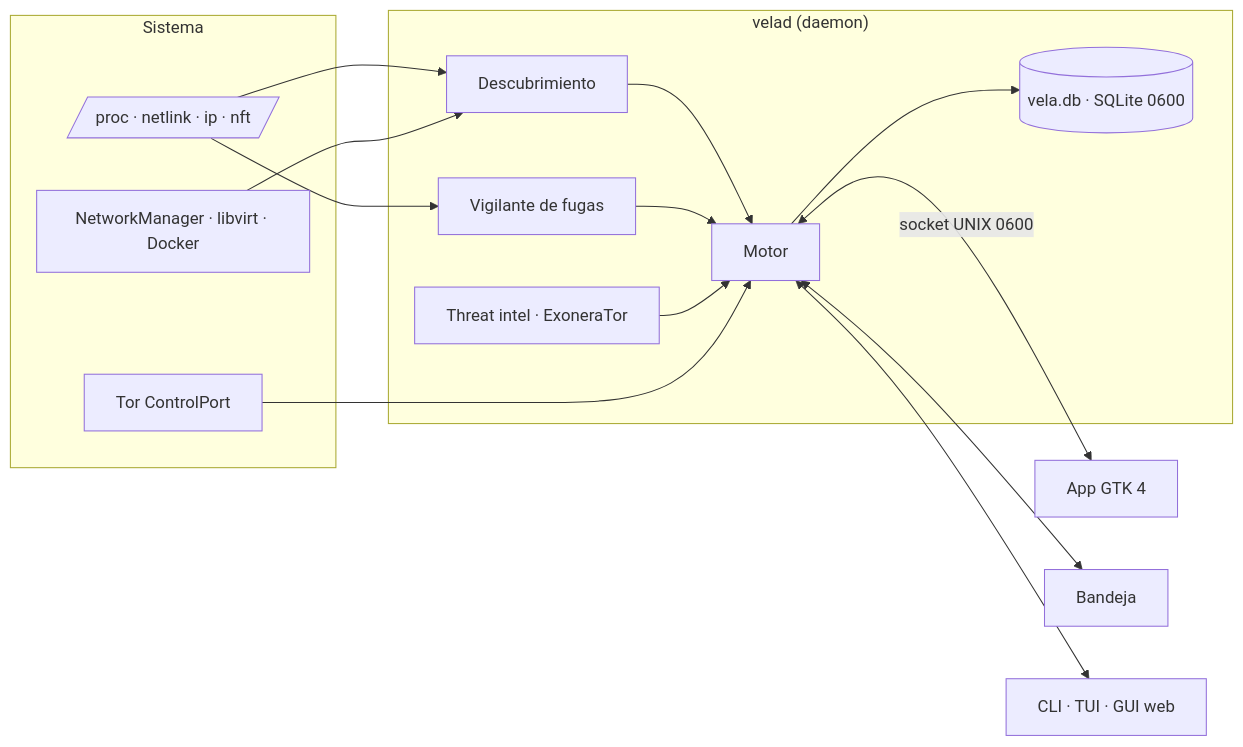
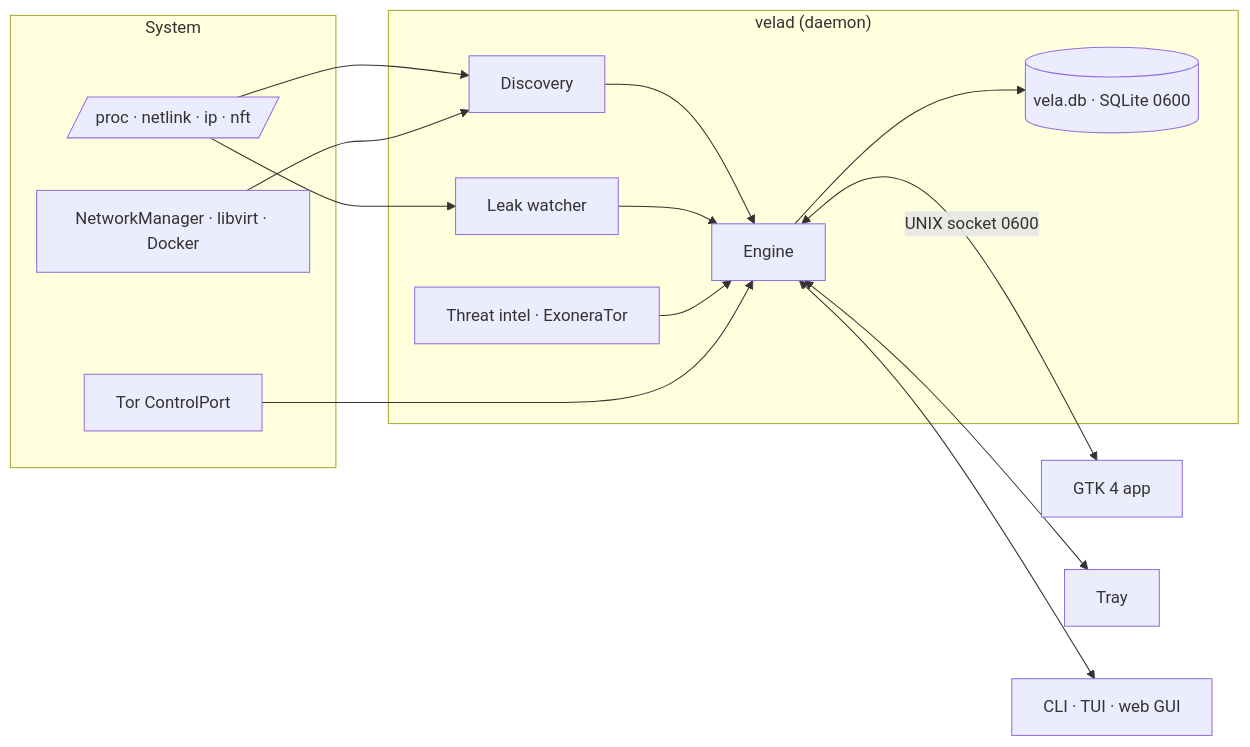
The diagram in README.md (j0rd1s3rr4n0/VELA), drawn with Mermaid before and after one commit. The commit also changed other lines of this file and 115 other files, not shown here.

````diff
--- a/README.md
+++ b/README.md
@@ -202,20 +218,20 @@
 ```mermaid
 flowchart LR
-  subgraph Sistema
+  subgraph System
     K[/proc · netlink · ip · nft/]
     T[Tor ControlPort]
     N[NetworkManager · libvirt · Docker]
   end
   subgraph velad["velad (daemon)"]
-    D[Descubrimiento] --> E[Motor]
-    L[Vigilante de fugas] --> E
+    D[Discovery] --> E[Engine]
+    L[Leak watcher] --> E
     I[Threat intel · ExoneraTor] --> E
     E --> S[(vela.db · SQLite 0600)]
   end
   K --> D & L
   T --> E
   N --> D
-  E <-->|socket UNIX 0600| A[App GTK 4]
-  E <--> B[Bandeja]
-  E <--> C[CLI · TUI · GUI web]
+  E <-->|UNIX socket 0600| A[GTK 4 app]
+  E <--> B[Tray]
+  E <--> C[CLI · TUI · web GUI]
 ```
````
